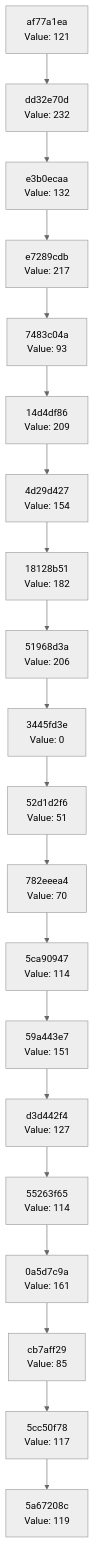
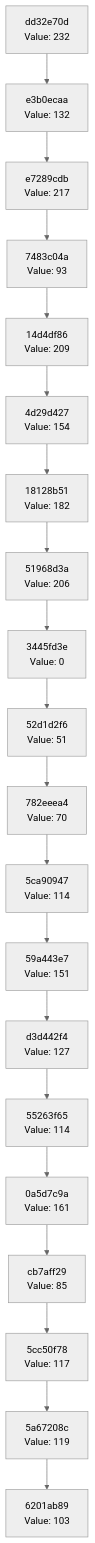
The diagram in docs/CHAIN_VISUALIZATION.md (Abhisheksinha1506/hash-chain-evolver), drawn with Mermaid (neutral theme) before and after one commit. The commit also changed 2 other files, not shown here.

Commit message:
Evolution step: hash 0x67 → action executed

````diff
--- a/docs/CHAIN_VISUALIZATION.md
+++ b/docs/CHAIN_VISUALIZATION.md
@@ -3,42 +3,42 @@
 ```mermaid
 graph TD
-    C0["5a67208c<br/>Value: 119"]
-    C1["5cc50f78<br/>Value: 117"]
+    C0["6201ab89<br/>Value: 103"]
+    C1["5a67208c<br/>Value: 119"]
     C1 --> C0
-    C2["cb7aff29<br/>Value: 85"]
+    C2["5cc50f78<br/>Value: 117"]
     C2 --> C1
-    C3["0a5d7c9a<br/>Value: 161"]
+    C3["cb7aff29<br/>Value: 85"]
     C3 --> C2
-    C4["55263f65<br/>Value: 114"]
+    C4["0a5d7c9a<br/>Value: 161"]
     C4 --> C3
-    C5["d3d442f4<br/>Value: 127"]
+    C5["55263f65<br/>Value: 114"]
     C5 --> C4
-    C6["59a443e7<br/>Value: 151"]
+    C6["d3d442f4<br/>Value: 127"]
     C6 --> C5
-    C7["5ca90947<br/>Value: 114"]
+    C7["59a443e7<br/>Value: 151"]
     C7 --> C6
-    C8["782eeea4<br/>Value: 70"]
+    C8["5ca90947<br/>Value: 114"]
     C8 --> C7
-    C9["52d1d2f6<br/>Value: 51"]
+    C9["782eeea4<br/>Value: 70"]
     C9 --> C8
-    C10["3445fd3e<br/>Value: 0"]
+    C10["52d1d2f6<br/>Value: 51"]
     C10 --> C9
-    C11["51968d3a<br/>Value: 206"]
+    C11["3445fd3e<br/>Value: 0"]
     C11 --> C10
-    C12["18128b51<br/>Value: 182"]
+    C12["51968d3a<br/>Value: 206"]
     C12 --> C11
-    C13["4d29d427<br/>Value: 154"]
+    C13["18128b51<br/>Value: 182"]
     C13 --> C12
-    C14["14d4df86<br/>Value: 209"]
+    C14["4d29d427<br/>Value: 154"]
     C14 --> C13
-    C15["7483c04a<br/>Value: 93"]
+    C15["14d4df86<br/>Value: 209"]
     C15 --> C14
-    C16["e7289cdb<br/>Value: 217"]
+    C16["7483c04a<br/>Value: 93"]
     C16 --> C15
-    C17["e3b0ecaa<br/>Value: 132"]
+    C17["e7289cdb<br/>Value: 217"]
     C17 --> C16
-    C18["dd32e70d<br/>Value: 232"]
+    C18["e3b0ecaa<br/>Value: 132"]
     C18 --> C17
-    C19["af77a1ea<br/>Value: 121"]
+    C19["dd32e70d<br/>Value: 232"]
     C19 --> C18
 ```
````
